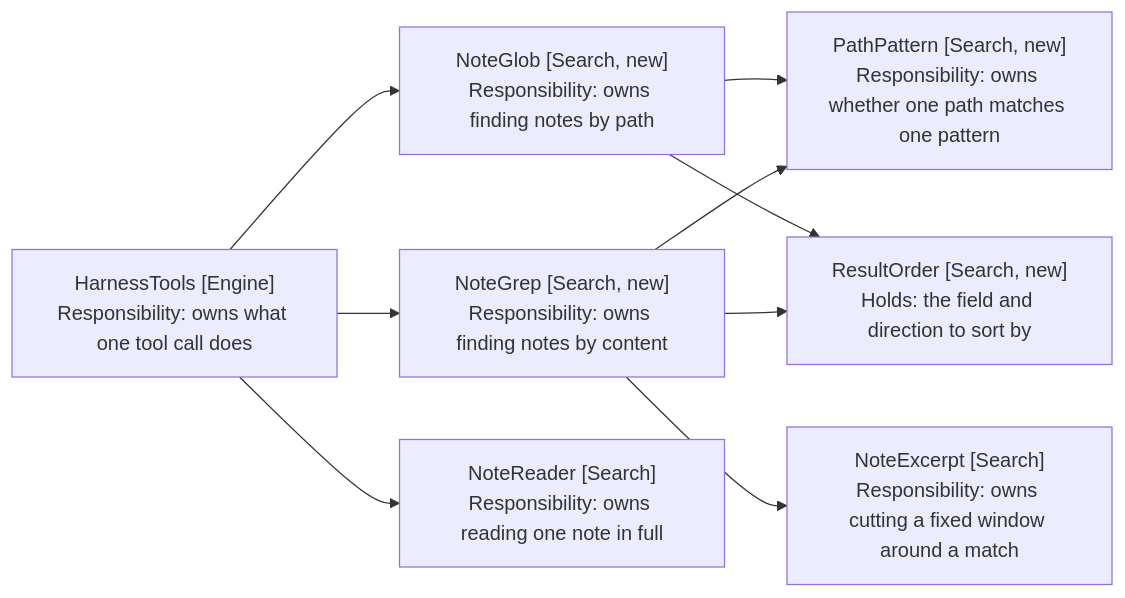
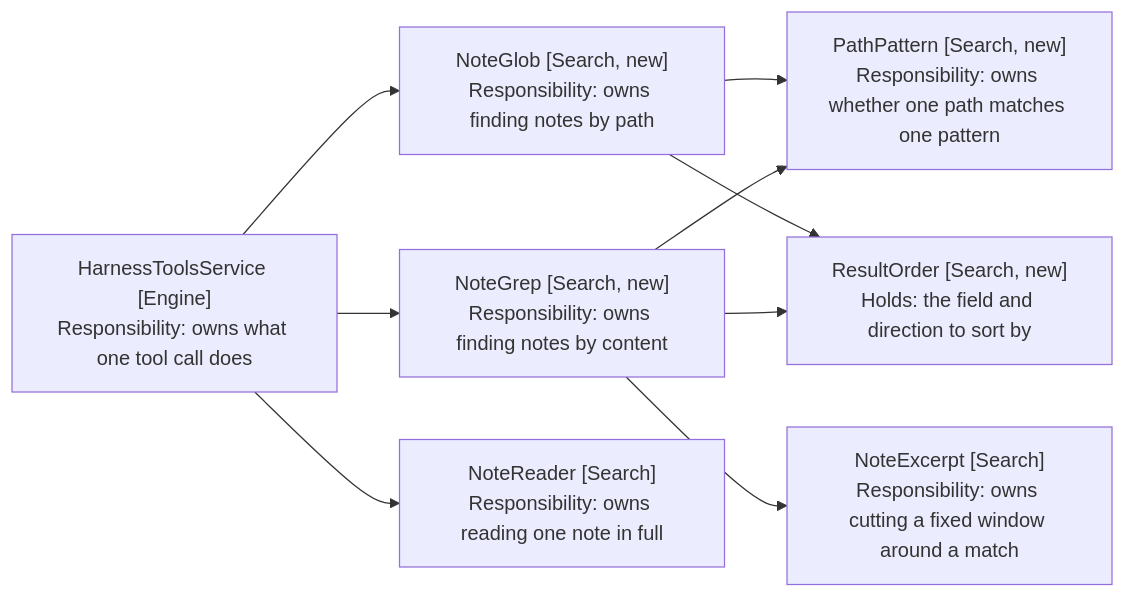
Before and after one commit to iparips/obsidian-owl: the first of 2 diagrams in docs/spec/10-finding-notes/3-component-design.md, drawn with Mermaid. The commit also changed other lines of this file and 43 other files, not shown here.

````diff
--- a/docs/spec/10-finding-notes/3-component-design.md
+++ b/docs/spec/10-finding-notes/3-component-design.md
@@ -29,19 +29,19 @@
 ```mermaid
 flowchart LR
-    Harness["HarnessTools [Engine]<br/>Responsibility: owns what one tool call does"]
+    Harness["HarnessToolsService [Engine]<br/>Responsibility: owns what one tool call does"]
     Glob["NoteGlob [Search, new]<br/>Responsibility: owns finding notes by path"]
     Grep["NoteGrep [Search, new]<br/>Responsibility: owns finding notes by content"]
     Matcher["PathPattern [Search, new]<br/>Responsibility: owns whether one path matches one pattern"]
     Order["ResultOrder [Search, new]<br/>Holds: the field and direction to sort by"]
     Reader["NoteReader [Search]<br/>Responsibility: owns reading one note in full"]
     Excerpt["NoteExcerpt [Search]<br/>Responsibility: owns cutting a fixed window around a match"]
 
     Harness --> Glob
     Harness --> Grep
     Harness --> Reader
     Glob --> Matcher
     Glob --> Order
     Grep --> Matcher
     Grep --> Order
     Grep --> Excerpt
 ```
````
